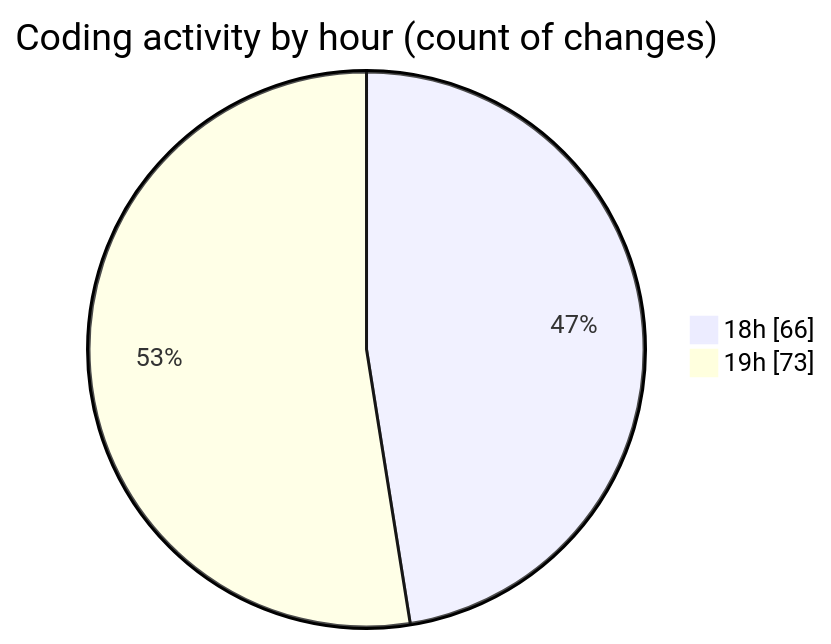
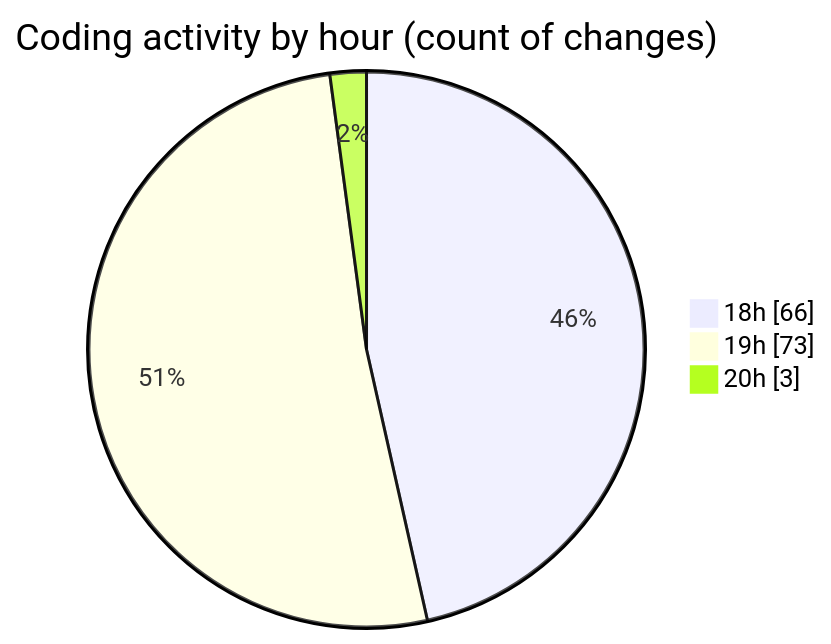
Before and after one commit to Ritupan-Deka/code-tracking: the second of 2 diagrams in 2025-07-16/mern-workoutboard/README.md, drawn with Mermaid. The commit also changed other lines of this file and 1 other file, not shown here.

````diff
--- a/2025-07-16/mern-workoutboard/README.md
+++ b/2025-07-16/mern-workoutboard/README.md
@@ -33,6 +33,7 @@
 ```mermaid
 pie showData
 title Coding activity by hour (count of changes)
 "18h" : 66
 "19h" : 73
+"20h" : 3
 ```
````
